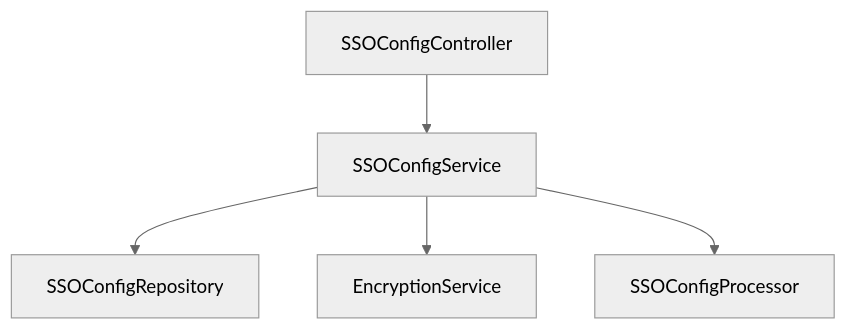
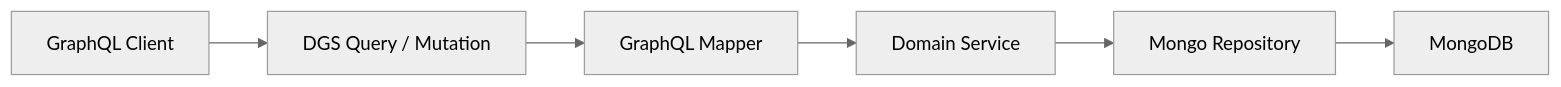
One commit to Praesto-Pro/openframe-oss-tenant changed the fourth of 5 diagrams in docs/architecture/api-service-core/api-service-core.md. Above: the diagram before and after it, drawn with Mermaid (neutral theme). The commit also changed other lines of this file and 149 other files, not shown here.

````diff
--- a/docs/architecture/api-service-core/api-service-core.md
+++ b/docs/architecture/api-service-core/api-service-core.md
@@ -274,7 +223,8 @@
 ```mermaid
-flowchart TD
-    Controller["SSOConfigController"] --> Service["SSOConfigService"]
-    Service --> Repo["SSOConfigRepository"]
-    Service --> Encrypt["EncryptionService"]
-    Service --> Processor["SSOConfigProcessor"]
+flowchart LR
+    Client["GraphQL Client"] --> DGS["DGS Query / Mutation"]
+    DGS --> Mapper["GraphQL Mapper"]
+    Mapper --> Service["Domain Service"]
+    Service --> Repository["Mongo Repository"]
+    Repository --> Mongo["MongoDB"]
 ```
````
